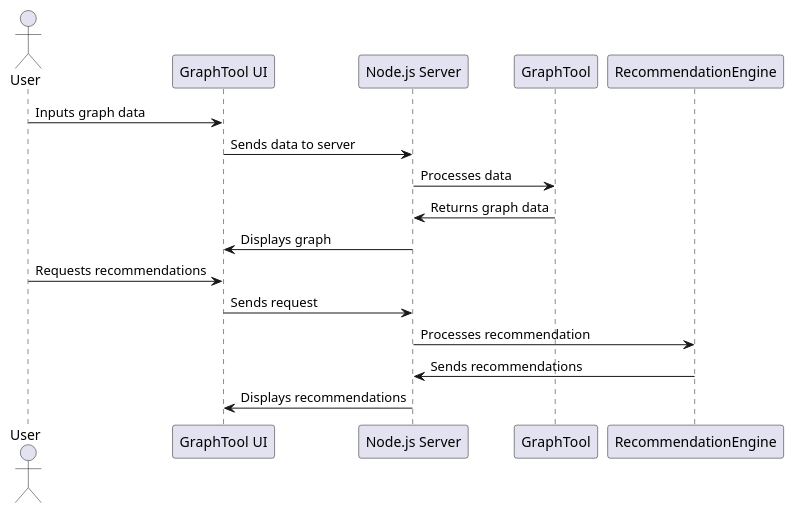
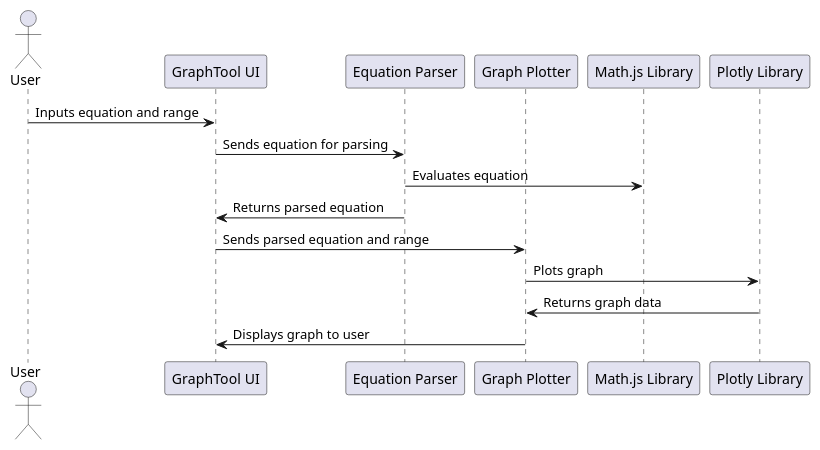
One commit to ImaneHaz/prove changed the diagram in diagrams/sequence_diagram.puml. Above: the diagram before and after it, drawn with PlantUML.

```diff
--- a/diagrams/sequence_diagram.puml
+++ b/diagrams/sequence_diagram.puml
@@ -1,19 +1,18 @@
 @startuml
 actor User
 participant "GraphTool UI" as Frontend
-participant "Node.js Server" as Backend
-participant "GraphTool" as GraphTool
-participant "RecommendationEngine" as RecommendationEngine
+participant "Equation Parser" as Parser
+participant "Graph Plotter" as Plotter
+participant "Math.js Library" as MathLib
+participant "Plotly Library" as PlotlyLib
 
-User -> Frontend: Inputs graph data
-Frontend -> Backend: Sends data to server
-Backend -> GraphTool: Processes data
-GraphTool -> Backend: Returns graph data
-Backend -> Frontend: Displays graph
+User -> Frontend: Inputs equation and range
+Frontend -> Parser: Sends equation for parsing
+Parser -> MathLib: Evaluates equation
+Parser -> Frontend: Returns parsed equation
 
-User -> Frontend: Requests recommendations
-Frontend -> Backend: Sends request
-Backend -> RecommendationEngine: Processes recommendation
-RecommendationEngine -> Backend: Sends recommendations
-Backend -> Frontend: Displays recommendations
+Frontend -> Plotter: Sends parsed equation and range
+Plotter -> PlotlyLib: Plots graph
+PlotlyLib -> Plotter: Returns graph data
+Plotter -> Frontend: Displays graph to user
 @enduml
```
